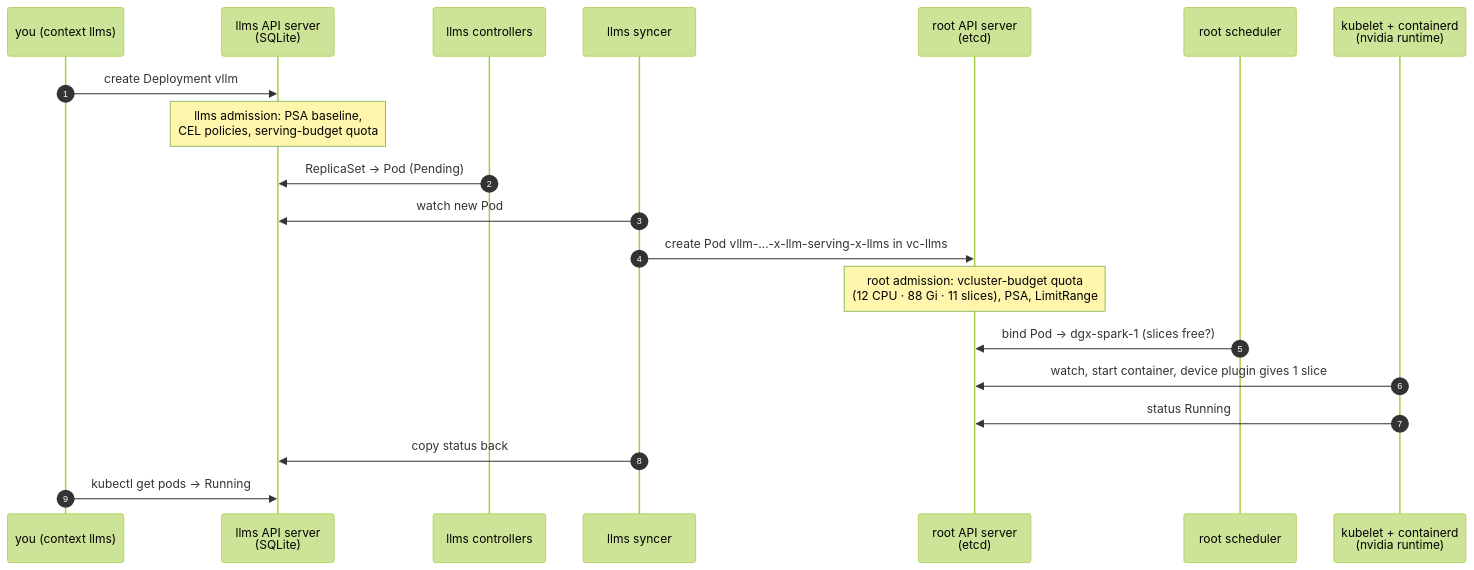
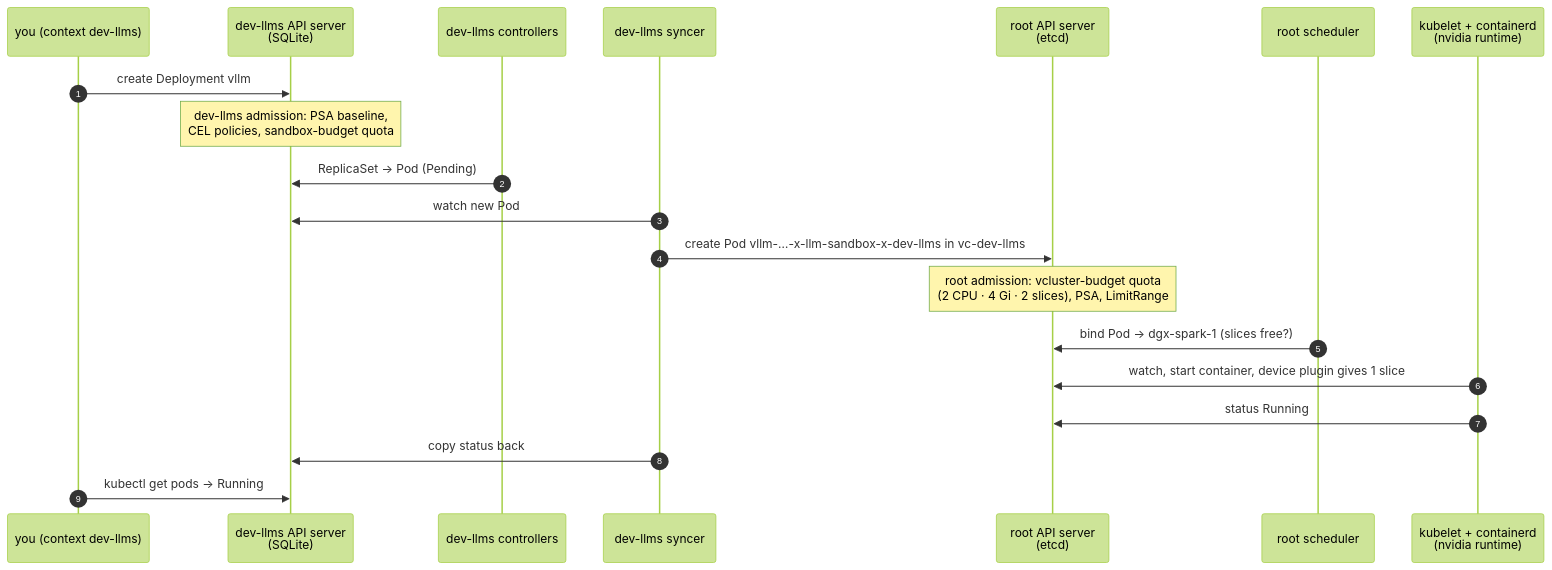
One commit to cloudone365/technical-depth changed the second of 2 diagrams in 02-Kubernetes/04-nested-clusters-with-vcluster.md. Above: the diagram before and after it, drawn with Mermaid (forest theme). The commit also changed other lines of this file and 58 other files, not shown here.

First line of the commit message:
Docs: dev-llms sandbox vCluster, LLM stack on the root, shared ~90 GiB pool, headless DGX OS

````diff
--- a/02-Kubernetes/04-nested-clusters-with-vcluster.md
+++ b/02-Kubernetes/04-nested-clusters-with-vcluster.md
@@ -181,22 +244,22 @@
 ```mermaid
 sequenceDiagram
   autonumber
-  participant U as you (context llms)
-  participant VA as llms API server<br/>(SQLite)
-  participant VC as llms controllers
-  participant SY as llms syncer
+  participant U as you (context dev-llms)
+  participant VA as dev-llms API server<br/>(SQLite)
+  participant VC as dev-llms controllers
+  participant SY as dev-llms syncer
   participant RA as root API server<br/>(etcd)
   participant RS as root scheduler
   participant KL as kubelet + containerd<br/>(nvidia runtime)
   U->>VA: create Deployment vllm
-  Note over VA: llms admission: PSA baseline,<br/>CEL policies, serving-budget quota
+  Note over VA: dev-llms admission: PSA baseline,<br/>CEL policies, sandbox-budget quota
   VC->>VA: ReplicaSet → Pod (Pending)
   SY->>VA: watch new Pod
-  SY->>RA: create Pod vllm-…-x-llm-serving-x-llms in vc-llms
-  Note over RA: root admission: vcluster-budget quota<br/>(12 CPU · 88 Gi · 11 slices), PSA, LimitRange
+  SY->>RA: create Pod vllm-…-x-llm-sandbox-x-dev-llms in vc-dev-llms
+  Note over RA: root admission: vcluster-budget quota<br/>(2 CPU · 4 Gi · 2 slices), PSA, LimitRange
   RS->>RA: bind Pod → dgx-spark-1 (slices free?)
   KL->>RA: watch, start container, device plugin gives 1 slice
   KL->>RA: status Running
   SY->>VA: copy status back
   U->>VA: kubectl get pods → Running
 ```
````
